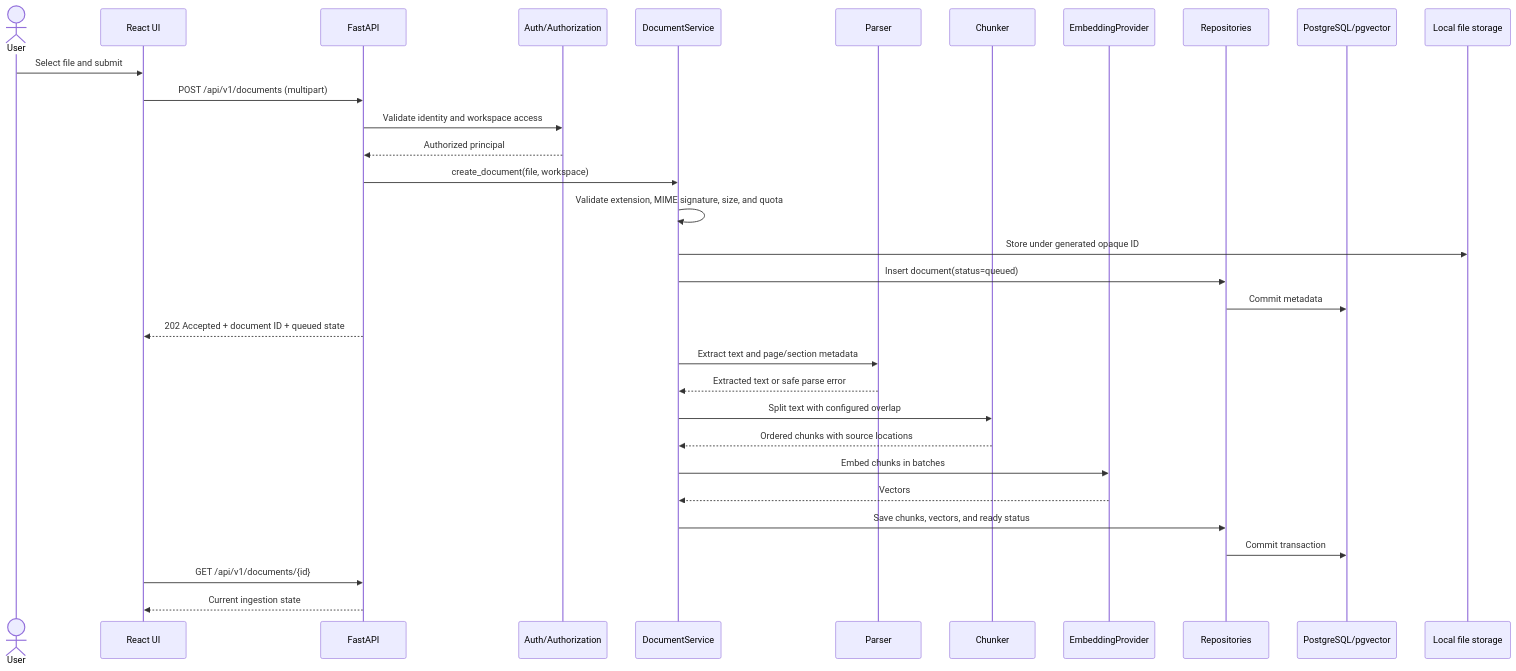
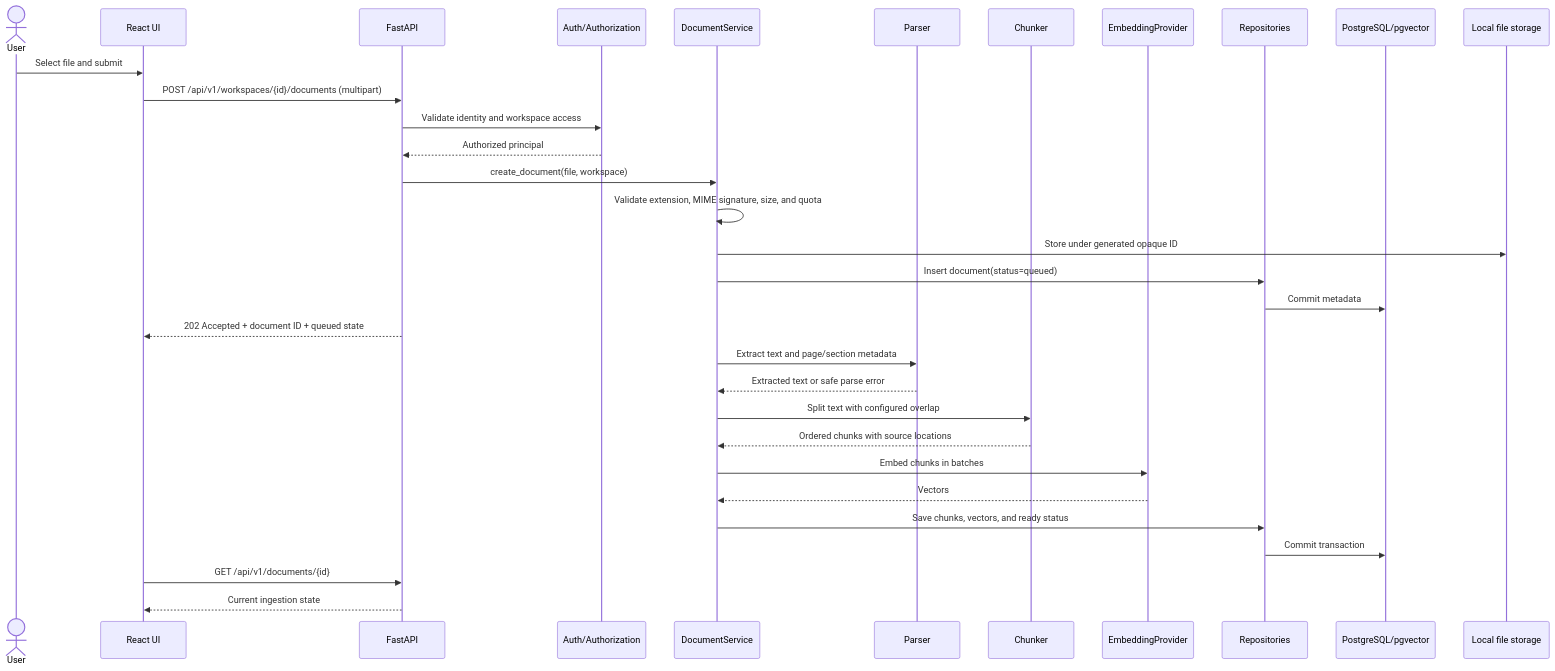
Before and after one commit to tatpudiarvind/evidence-backed-knowledge-assistant: the second of 4 diagrams in README.md, drawn with Mermaid. The commit also changed other lines of this file and 91 other files, not shown here.

````diff
--- a/README.md
+++ b/README.md
@@ -98,35 +98,35 @@
 ```mermaid
 sequenceDiagram
     actor User
     participant UI as React UI
     participant API as FastAPI
     participant Auth as Auth/Authorization
     participant DS as DocumentService
     participant Parser as Parser
     participant Chunker as Chunker
     participant Embed as EmbeddingProvider
     participant Repo as Repositories
     participant DB as PostgreSQL/pgvector
     participant FS as Local file storage
 
     User->>UI: Select file and submit
-    UI->>API: POST /api/v1/documents (multipart)
+    UI->>API: POST /api/v1/workspaces/{id}/documents (multipart)
     API->>Auth: Validate identity and workspace access
     Auth-->>API: Authorized principal
     API->>DS: create_document(file, workspace)
     DS->>DS: Validate extension, MIME signature, size, and quota
     DS->>FS: Store under generated opaque ID
     DS->>Repo: Insert document(status=queued)
     Repo->>DB: Commit metadata
     API-->>UI: 202 Accepted + document ID + queued state
     DS->>Parser: Extract text and page/section metadata
     Parser-->>DS: Extracted text or safe parse error
     DS->>Chunker: Split text with configured overlap
     Chunker-->>DS: Ordered chunks with source locations
     DS->>Embed: Embed chunks in batches
     Embed-->>DS: Vectors
     DS->>Repo: Save chunks, vectors, and ready status
     Repo->>DB: Commit transaction
     UI->>API: GET /api/v1/documents/{id}
     API-->>UI: Current ingestion state
 ```
````
